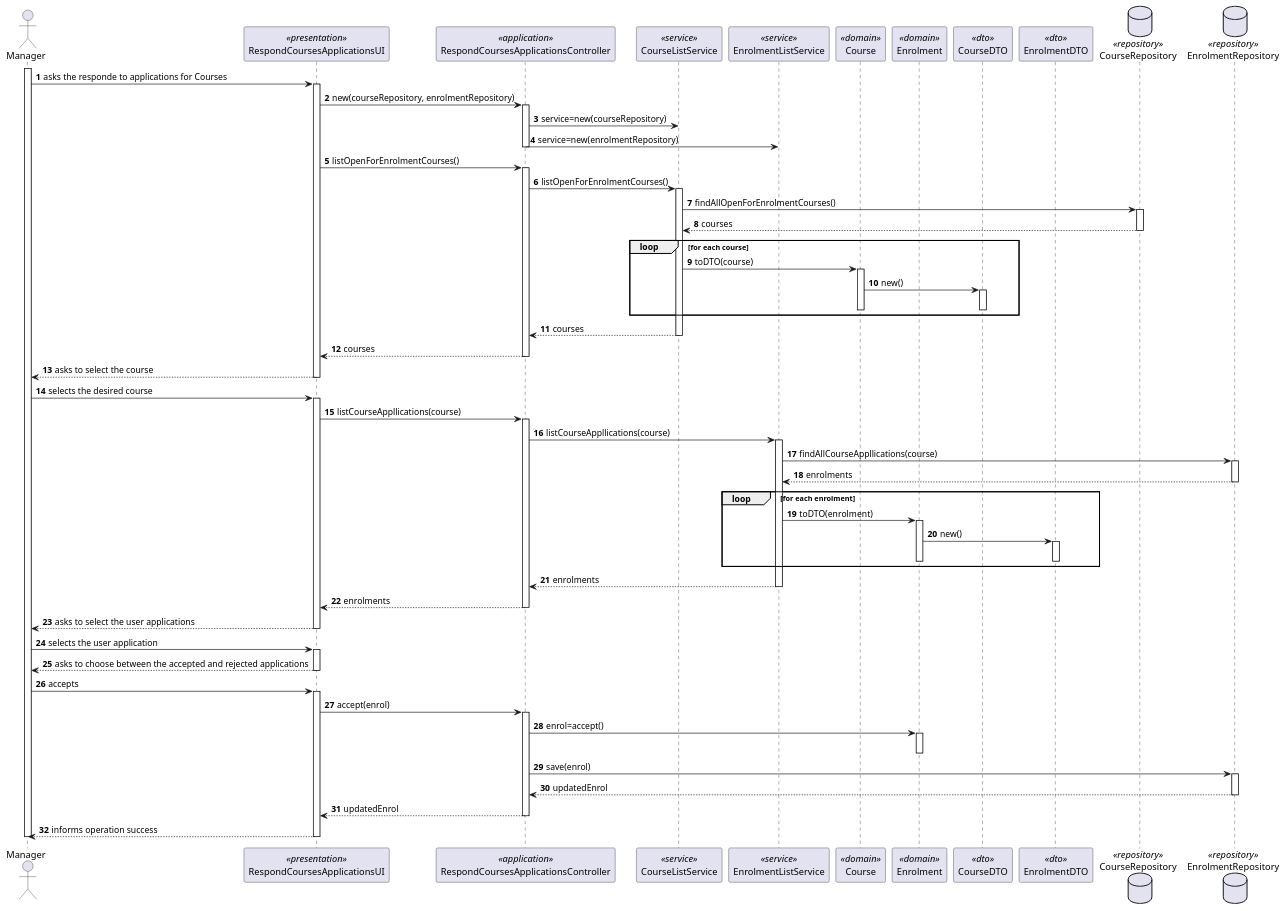
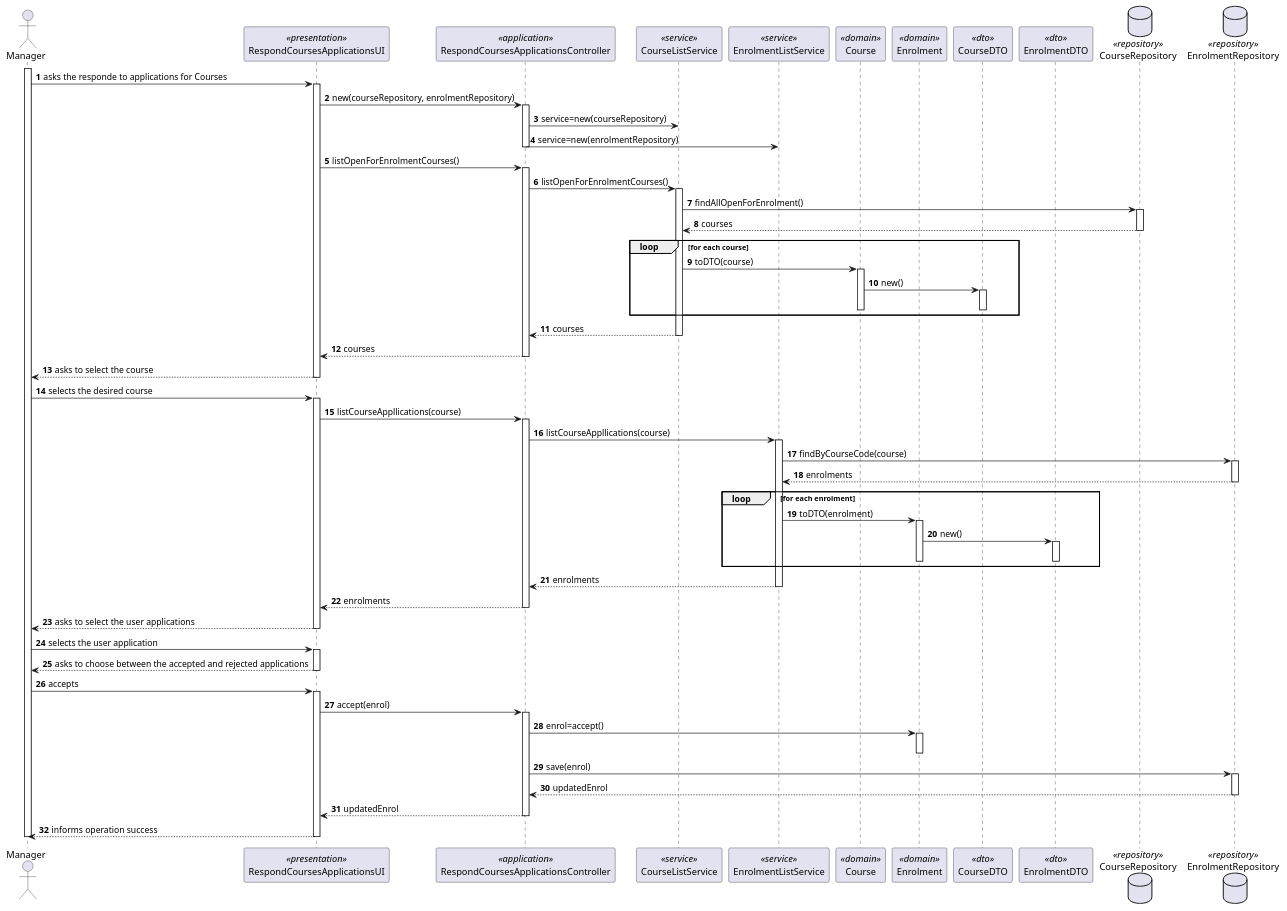
The diagram in docs/sprint-b/us15-1009/US1009_SD.puml (miseEnPlace-dev/lapr4), drawn with PlantUML before and after one commit. The commit also changed 1 other file, not shown here.

```diff
--- a/docs/sprint-b/us15-1009/US1009_SD.puml
+++ b/docs/sprint-b/us15-1009/US1009_SD.puml
@@ -1,106 +1,106 @@
 @startuml US1009_SD
 autonumber
 
 actor "Manager" as M
 participant "RespondCoursesApplicationsUI" as UI <<presentation>>
 participant "RespondCoursesApplicationsController" as CTRL <<application>>
 participant "CourseListService" as CSRV <<service>>
 participant "EnrolmentListService" as ESRV <<service>>
 participant "Course" as C <<domain>>
 participant "Enrolment" as E <<domain>>
 participant "CourseDTO" as CDTO <<dto>>
 participant "EnrolmentDTO" as EDTO <<dto>>
 
 database CourseRepository as CREP <<repository>>
 database EnrolmentRepository as EREP <<repository>>
 
 activate M
 
 M -> UI : asks the responde to applications for Courses
 activate UI
 
 UI -> CTRL : new(courseRepository, enrolmentRepository)
 activate CTRL
 CTRL -> CSRV : service=new(courseRepository)
 CTRL -> ESRV : service=new(enrolmentRepository)
 deactivate CTRL
 
 UI -> CTRL : listOpenForEnrolmentCourses()
 activate CTRL
 CTRL -> CSRV : listOpenForEnrolmentCourses()
 activate CSRV
-CSRV -> CREP : findAllOpenForEnrolmentCourses()
+CSRV -> CREP : findAllOpenForEnrolment()
 activate CREP
 CREP --> CSRV : courses
 deactivate CREP
 
 loop for each course
   CSRV -> C : toDTO(course)
   activate C
   C -> CDTO : new()
   activate CDTO
   deactivate CDTO
   deactivate C
 end loop
 
 CSRV --> CTRL : courses
 deactivate CSRV
 CTRL --> UI : courses
 deactivate CTRL
 
 UI --> M : asks to select the course
 deactivate UI
 
 M -> UI : selects the desired course
 activate UI
 
 UI -> CTRL : listCourseAppllications(course)
 activate CTRL
 CTRL -> ESRV : listCourseAppllications(course)
 activate ESRV
-ESRV -> EREP : findAllCourseAppllications(course)
+ESRV -> EREP : findByCourseCode(course)
 activate EREP
 EREP --> ESRV : enrolments
 deactivate EREP
 
 loop for each enrolment
   ESRV -> E : toDTO(enrolment)
   activate E
   E -> EDTO : new()
   activate EDTO
   deactivate EDTO
   deactivate E
 end loop
 
 ESRV --> CTRL : enrolments
 deactivate ESRV
 CTRL --> UI : enrolments
 deactivate CTRL
 
 UI --> M : asks to select the user applications
 deactivate UI
 
 M -> UI : selects the user application
 activate UI
 UI--> M : asks to choose between the accepted and rejected applications
 deactivate UI
 
 M -> UI : accepts
 activate UI
 UI -> CTRL : accept(enrol)
 activate CTRL
 CTRL -> E : enrol=accept()
 activate E
 deactivate E
 CTRL -> EREP : save(enrol)
 activate EREP
 EREP --> CTRL : updatedEnrol
 deactivate EREP
 CTRL --> UI : updatedEnrol
 deactivate CTRL
 UI--> M : informs operation success
 deactivate UI
 
 deactivate M
 
 @enduml
```
